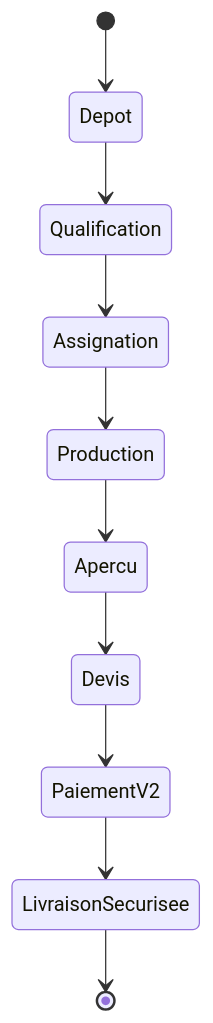
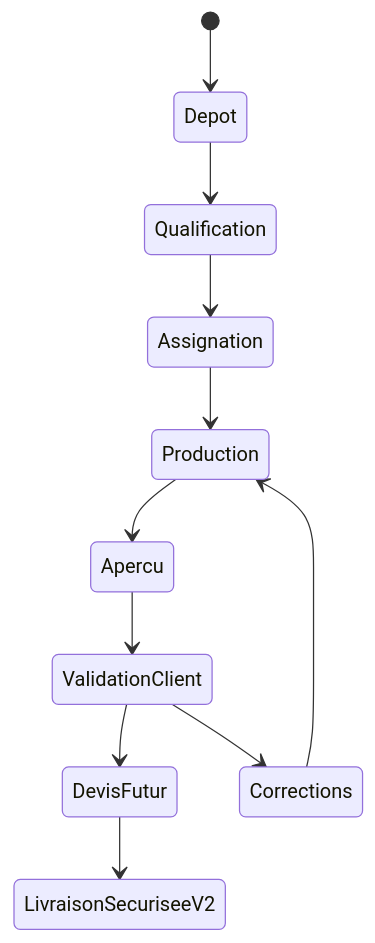
Before and after one commit to RAYAN-DOB/vellum: the first of 3 diagrams in docs/workflow.md, drawn with Mermaid. The commit also changed other lines of this file and 42 other files, not shown here.

Commit message:
Rebuild visual identity with architectural premium UI

````diff
--- a/docs/workflow.md
+++ b/docs/workflow.md
@@ -5,12 +5,13 @@
 ```mermaid
 stateDiagram-v2
   [*] --> Depot
   Depot --> Qualification
   Qualification --> Assignation
   Assignation --> Production
   Production --> Apercu
-  Apercu --> Devis
-  Devis --> PaiementV2
-  PaiementV2 --> LivraisonSecurisee
-  LivraisonSecurisee --> [*]
+  Apercu --> ValidationClient
+  ValidationClient --> DevisFutur
+  DevisFutur --> LivraisonSecuriseeV2
+  ValidationClient --> Corrections
+  Corrections --> Production
 ```
````
